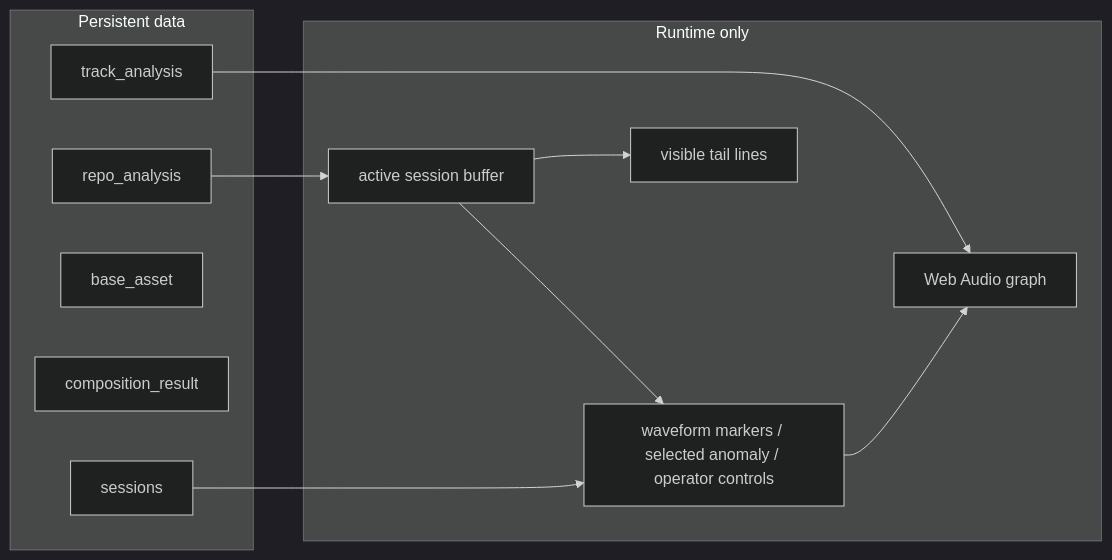
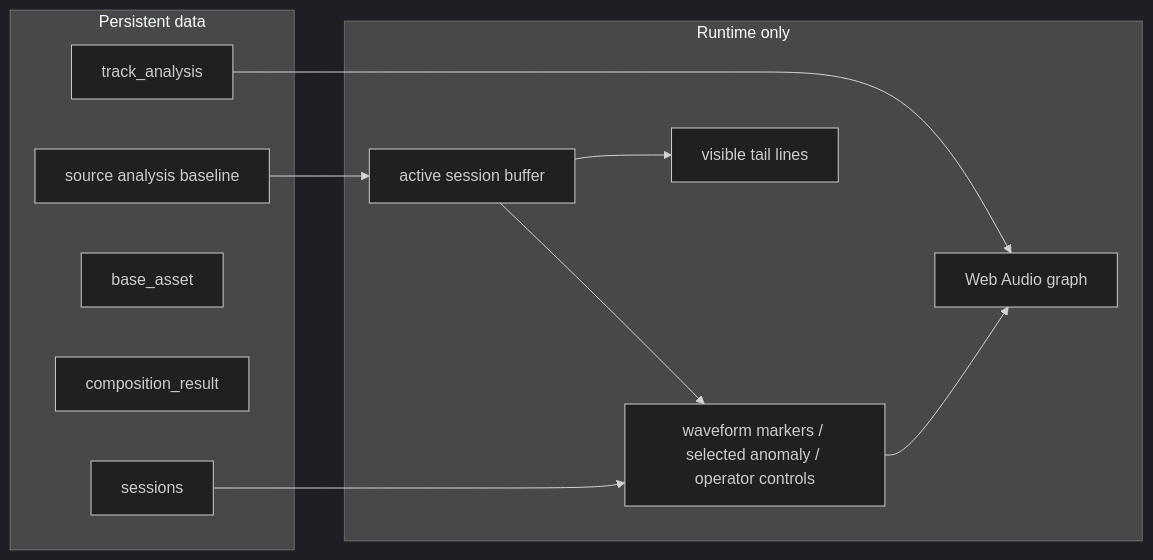
One commit to fabianaguero/maia changed the fourth of 8 diagrams in docs/architecture.md. Above: the diagram before and after it, drawn with Mermaid (dark theme). The commit also changed other lines of this file and 12 other files, not shown here.

Commit message:
docs(product): update signal streams roadmap

````diff
--- a/docs/architecture.md
+++ b/docs/architecture.md
@@ -124,24 +126,24 @@
 ```mermaid
 flowchart LR
   subgraph Persistent["Persistent data"]
     Tracks[track_analysis]
-    Repos[repo_analysis]
+    Repos[source analysis baseline]
     Assets[base_asset]
     Results[composition_result]
     Sessions[sessions]
   end
 
   subgraph Ephemeral["Runtime only"]
     Stream[active session buffer]
     Tail[visible tail lines]
     DeckState[waveform markers / selected anomaly / operator controls]
     AudioState[Web Audio graph]
   end
 
   Tracks --> AudioState
   Repos --> Stream
   Sessions --> DeckState
   Stream --> Tail
   Stream --> DeckState
   DeckState --> AudioState
 ```
````
